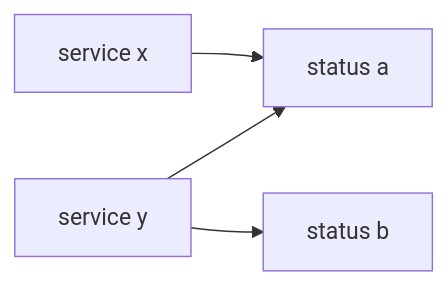
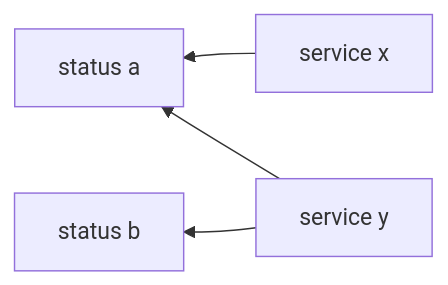
Before and after one commit to gitu/katastasi: the diagram in README.md, drawn with Mermaid. The commit also changed other lines of this file and 40 other files, not shown here.

`````diff
--- a/README.md
+++ b/README.md
@@ -9,6 +18,6 @@
 ````mermaid
-    graph LR
+    graph RL
     sx[service x] --> sa[status a]
     sy[service y] --> sb[status b]
     sy --> sa
 ````
`````
